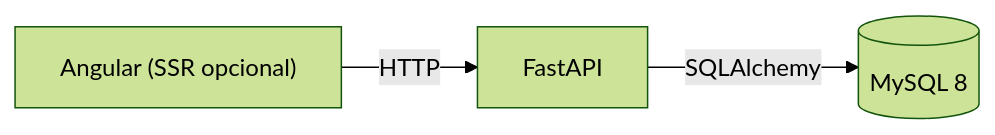
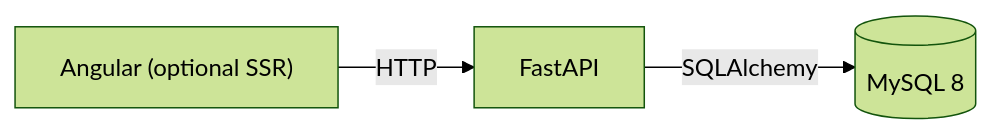
The diagram in README.md (macros05/TecnoAmbiente-bibliography), drawn with Mermaid (forest theme) before and after one commit. The commit also changed other lines of this file, not shown here.

````diff
--- a/README.md
+++ b/README.md
@@ -39,5 +40,5 @@
 ```mermaid
 flowchart LR
-  FE["Angular (SSR opcional)"] -- HTTP --> BE[FastAPI]
+  FE["Angular (optional SSR)"] -- HTTP --> BE[FastAPI]
   BE -- SQLAlchemy --> DB[(MySQL 8)]
 ```
````
